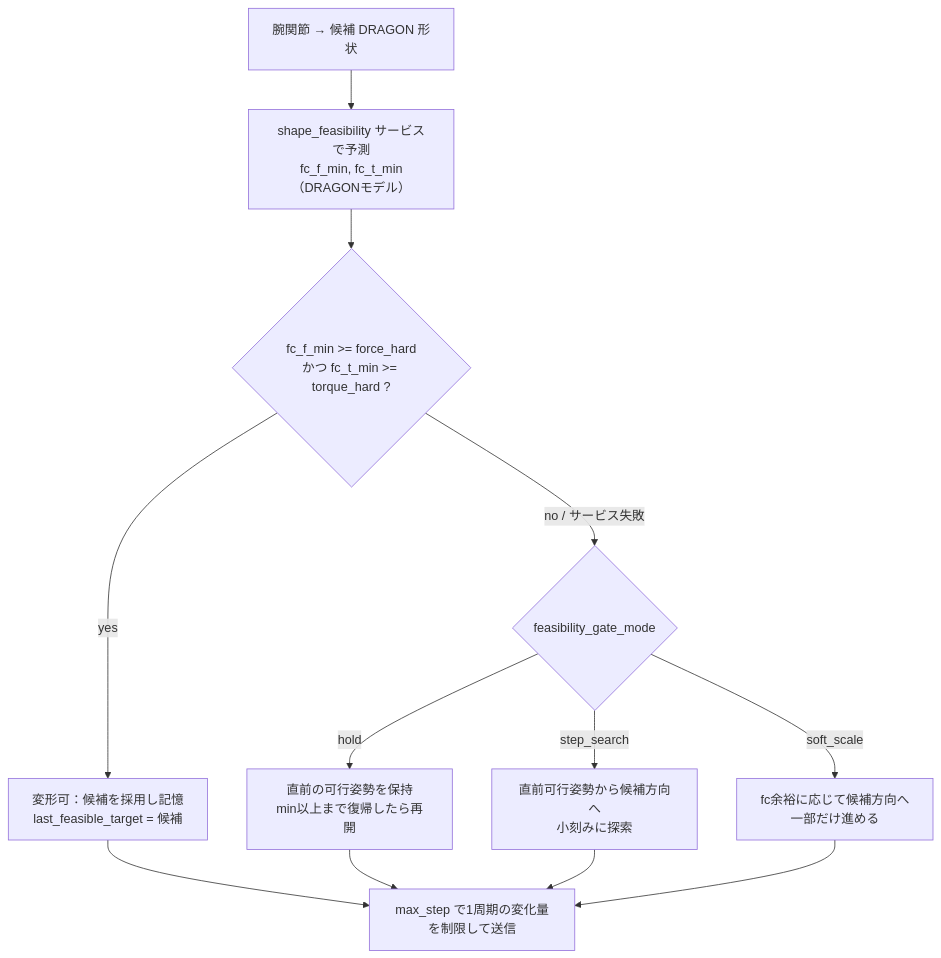
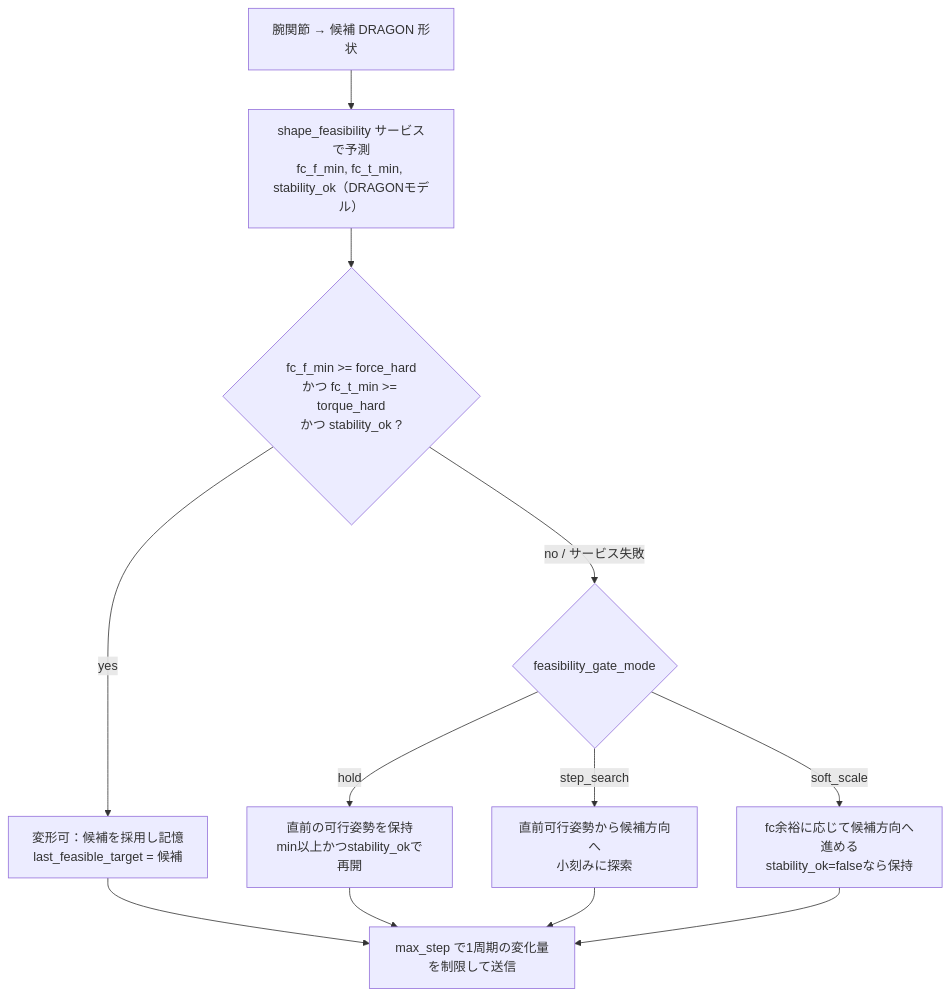
One commit to Tomoya-Oku/jsk_aerial_robot changed the sixth of 6 diagrams in robots/dracomancer/README.md. Above: the diagram before and after it, drawn with Mermaid. The commit also changed other lines of this file and 8 other files, not shown here.

````diff
--- a/robots/dracomancer/README.md
+++ b/robots/dracomancer/README.md
@@ -334,14 +334,14 @@
 ```mermaid
 flowchart TD
-    A["腕関節 → 候補 DRAGON 形状"] --> B["shape_feasibility サービスで予測<br/>fc_f_min, fc_t_min（DRAGONモデル）"]
-    B --> C{"fc_f_min >= force_hard<br/>かつ fc_t_min >= torque_hard ?"}
+    A["腕関節 → 候補 DRAGON 形状"] --> B["shape_feasibility サービスで予測<br/>fc_f_min, fc_t_min, stability_ok（DRAGONモデル）"]
+    B --> C{"fc_f_min >= force_hard<br/>かつ fc_t_min >= torque_hard<br/>かつ stability_ok ?"}
     C -->|yes| D["変形可：候補を採用し記憶<br/>last_feasible_target = 候補"]
     C -->|no / サービス失敗| E{"feasibility_gate_mode"}
-    E -->|hold| H["直前の可行姿勢を保持<br/>min以上まで復帰したら再開"]
+    E -->|hold| H["直前の可行姿勢を保持<br/>min以上かつstability_okで再開"]
     E -->|step_search| I["直前可行姿勢から候補方向へ<br/>小刻みに探索"]
-    E -->|soft_scale| J["fc余裕に応じて候補方向へ<br/>一部だけ進める"]
+    E -->|soft_scale| J["fc余裕に応じて候補方向へ進める<br/>stability_ok=falseなら保持"]
     D --> F["max_step で1周期の変化量を制限して送信"]
     H --> F
     I --> F
     J --> F
 ```
````
